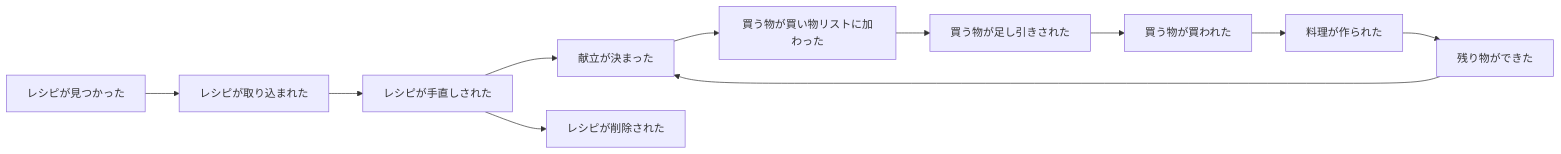
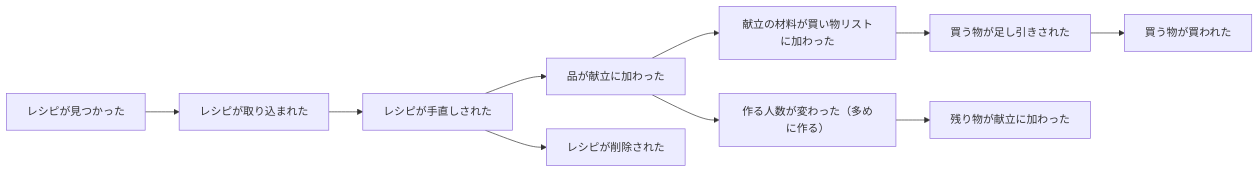
One commit to masaya722/cook-share changed the diagram in docs/domain/event-storming.md. Above: the diagram before and after it, drawn with Mermaid. The commit also changed other lines of this file and 5 other files, not shown here.

````diff
--- a/docs/domain/event-storming.md
+++ b/docs/domain/event-storming.md
@@ -8,13 +8,12 @@
 ```mermaid
 flowchart LR
   A[レシピが見つかった] --> B[レシピが取り込まれた]
   B --> C[レシピが手直しされた]
-  C --> D[献立が決まった]
-  D --> E[買う物が買い物リストに加わった]
+  C --> D[品が献立に加わった]
+  D --> E[献立の材料が買い物リストに加わった]
   E --> F[買う物が足し引きされた]
   F --> G[買う物が買われた]
-  G --> H[料理が作られた]
-  H --> I[残り物ができた]
-  I --> D
+  D --> H[作る人数が変わった（多めに作る）]
+  H --> I[残り物が献立に加わった]
   C --> J[レシピが削除された]
 ```
````
